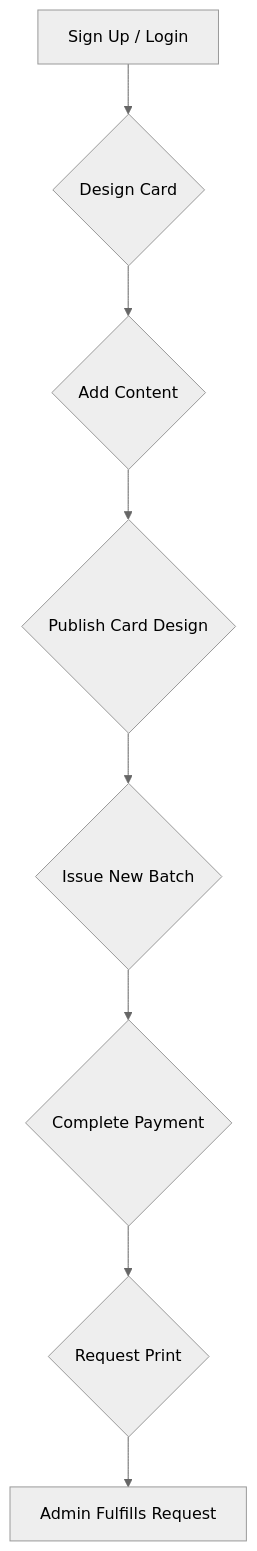
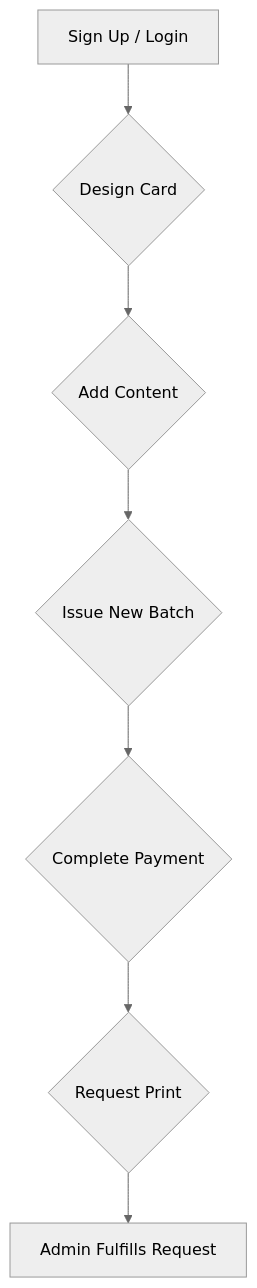
The first of 2 diagrams in README.md (NicholsonTsang/Cardy), drawn with Mermaid (neutral theme) before and after one commit. The commit also changed other lines of this file and 16 other files, not shown here.

Commit message:
Update for removing card publish and add my card safety type check

````diff
--- a/README.md
+++ b/README.md
@@ -33,10 +47,9 @@
 ```mermaid
 graph TD
     A[Sign Up / Login] --> B{Design Card};
     B --> C{Add Content};
-    C --> D{Publish Card Design};
-    D --> E{Issue New Batch};
-    E --> F{Complete Payment};
-    F --> G{Request Print};
-    G --> H[Admin Fulfills Request];
+    C --> D{Issue New Batch};
+    D --> E{Complete Payment};
+    E --> F{Request Print};
+    F --> G[Admin Fulfills Request];
 ```
````
